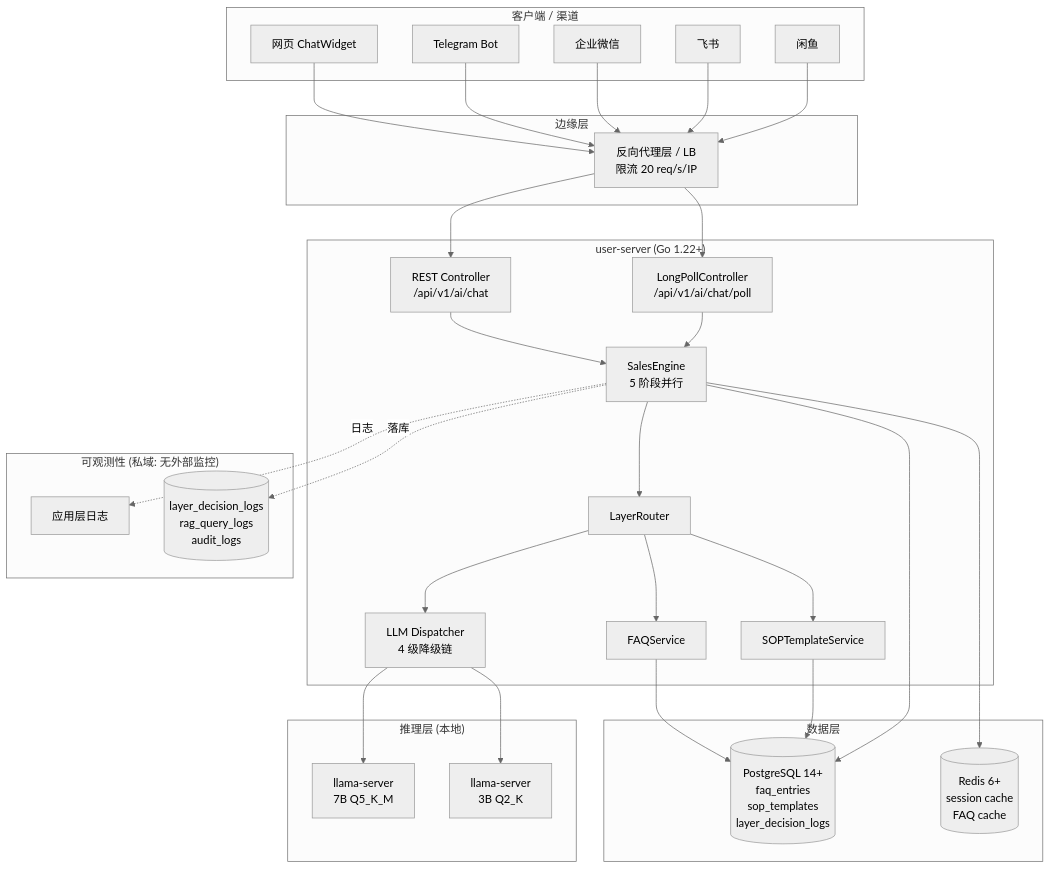
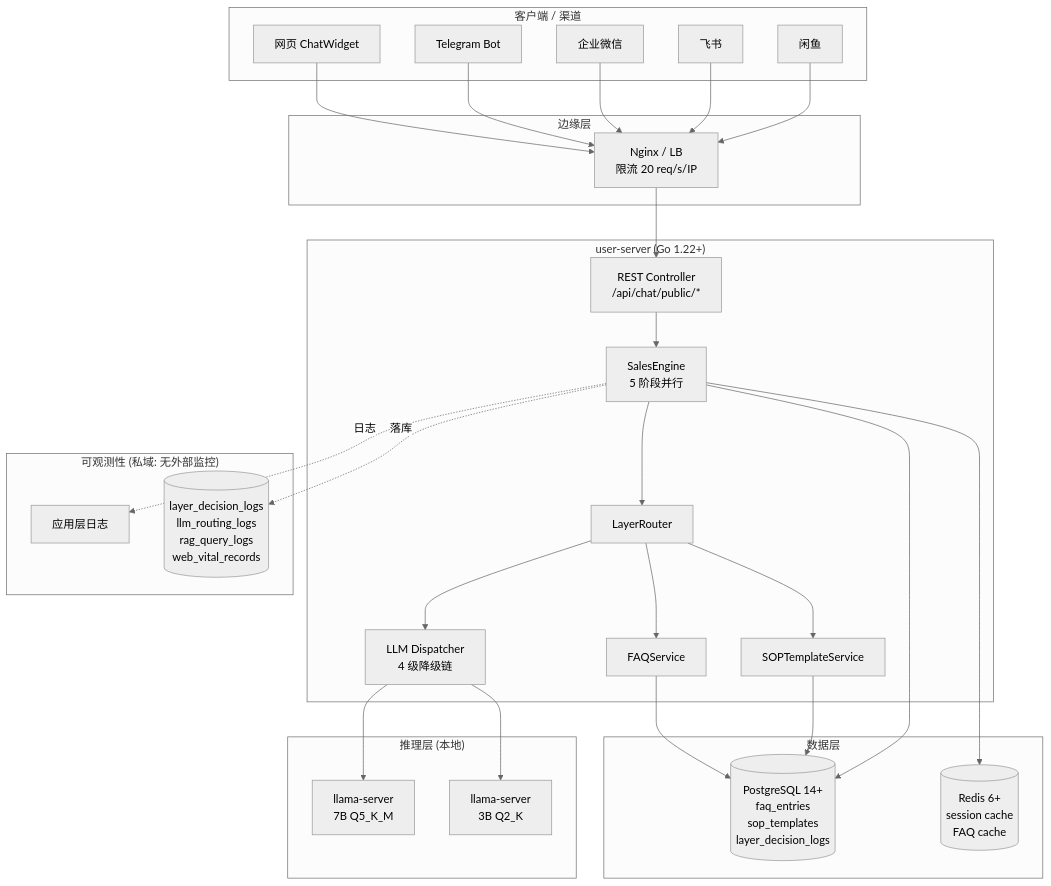
One commit to Pan519/hivemtk changed the diagram in docs/operations/AI_AGENT_PERF_DEPLOY.md. Above: the diagram before and after it, drawn with Mermaid (neutral theme). The commit also changed other lines of this file and 32 other files, not shown here.

````diff
--- a/docs/operations/AI_AGENT_PERF_DEPLOY.md
+++ b/docs/operations/AI_AGENT_PERF_DEPLOY.md
@@ -15,57 +29,54 @@
 ```mermaid
 graph TB
     subgraph Client["客户端 / 渠道"]
         W[网页 ChatWidget]
         TG[Telegram Bot]
         WC[企业微信]
         FS[飞书]
         XY[闲鱼]
     end
 
     subgraph Edge["边缘层"]
-        NGX[反向代理层 / LB<br/>限流 20 req/s/IP]
+        NGX[Nginx / LB<br/>限流 20 req/s/IP]
     end
 
     subgraph App["user-server (Go 1.22+)"]
-        REST[REST Controller<br/>/api/v1/ai/chat]
-        POLL[LongPollController<br/>/api/v1/ai/chat/poll]
+        REST[REST Controller<br/>/api/chat/public/*]
         SE[SalesEngine<br/>5 阶段并行]
         LR[LayerRouter]
         FAQ[FAQService]
         SOP[SOPTemplateService]
         DISP[LLM Dispatcher<br/>4 级降级链]
     end
 
     subgraph Inference["推理层 (本地)"]
         L7B[llama-server<br/>7B Q5_K_M]
         L3B[llama-server<br/>3B Q2_K]
     end
 
     subgraph Data["数据层"]
         PG[(PostgreSQL 14+<br/>faq_entries<br/>sop_templates<br/>layer_decision_logs)]
         REDIS[(Redis 6+<br/>session cache<br/>FAQ cache)]
     end
 
     subgraph Obs["可观测性 (私域: 无外部监控)"]
         LOG[应用层日志]
-        AUDIT[(layer_decision_logs<br/>rag_query_logs<br/>audit_logs)]
+        AUDIT[(layer_decision_logs<br/>llm_routing_logs<br/>rag_query_logs<br/>web_vital_records)]
     end
 
     W & TG & WC & FS & XY --> NGX
     NGX --> REST
-    NGX --> POLL
     REST --> SE
-    POLL --> SE
     SE --> LR
     LR --> FAQ
     LR --> SOP
     LR --> DISP
     FAQ --> PG
     SOP --> PG
     SE --> PG
     SE --> REDIS
     DISP --> L7B
     DISP --> L3B
     SE -.日志.-> LOG
     SE -.落库.-> AUDIT
 ```
````
